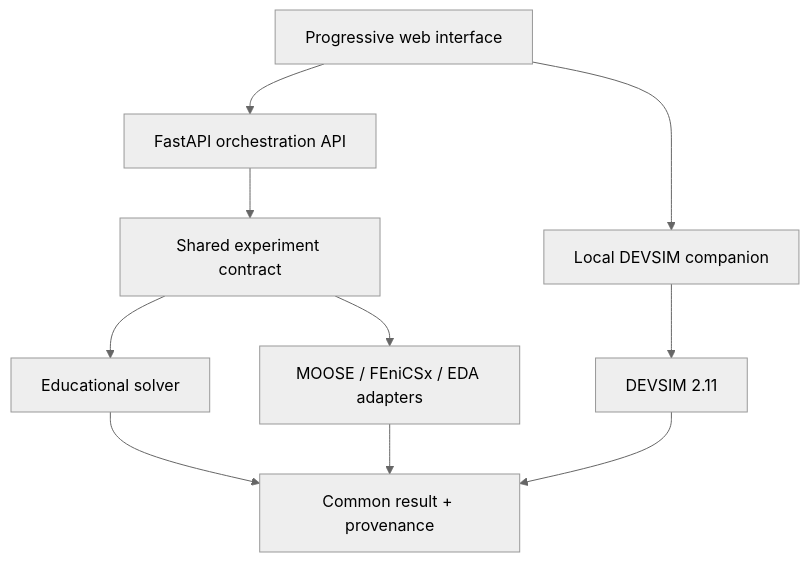
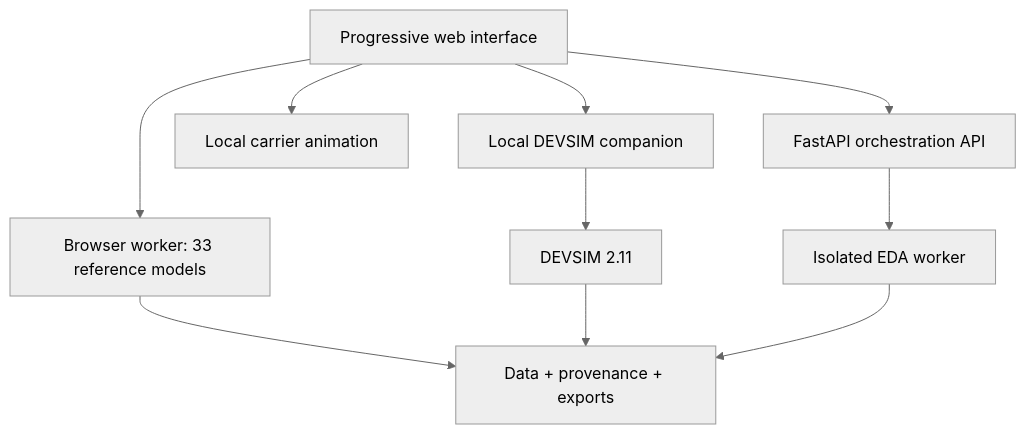
One commit to tono88/OpenSemiLab changed the diagram in README.md. Above: the diagram before and after it, drawn with Mermaid (neutral theme). The commit also changed other lines of this file and 21 other files, not shown here.

````diff
--- a/README.md
+++ b/README.md
@@ -53,12 +55,12 @@
 ```mermaid
 flowchart TD
     UI["Progressive web interface"] --> API["FastAPI orchestration API"]
+    UI --> BROWSER["Browser worker: 33 reference models"]
+    UI --> CANVAS["Local carrier animation"]
     UI --> LOCAL["Local DEVSIM companion"]
-    API --> MODEL["Shared experiment contract"]
-    MODEL --> EDU["Educational solver"]
+    API --> EDA["Isolated EDA worker"]
     LOCAL --> DEV["DEVSIM 2.11"]
-    MODEL --> FUTURE["MOOSE / FEniCSx / EDA adapters"]
-    EDU --> RESULT["Common result + provenance"]
+    BROWSER --> RESULT["Data + provenance + exports"]
     DEV --> RESULT
-    FUTURE --> RESULT
+    EDA --> RESULT
 ```
````
